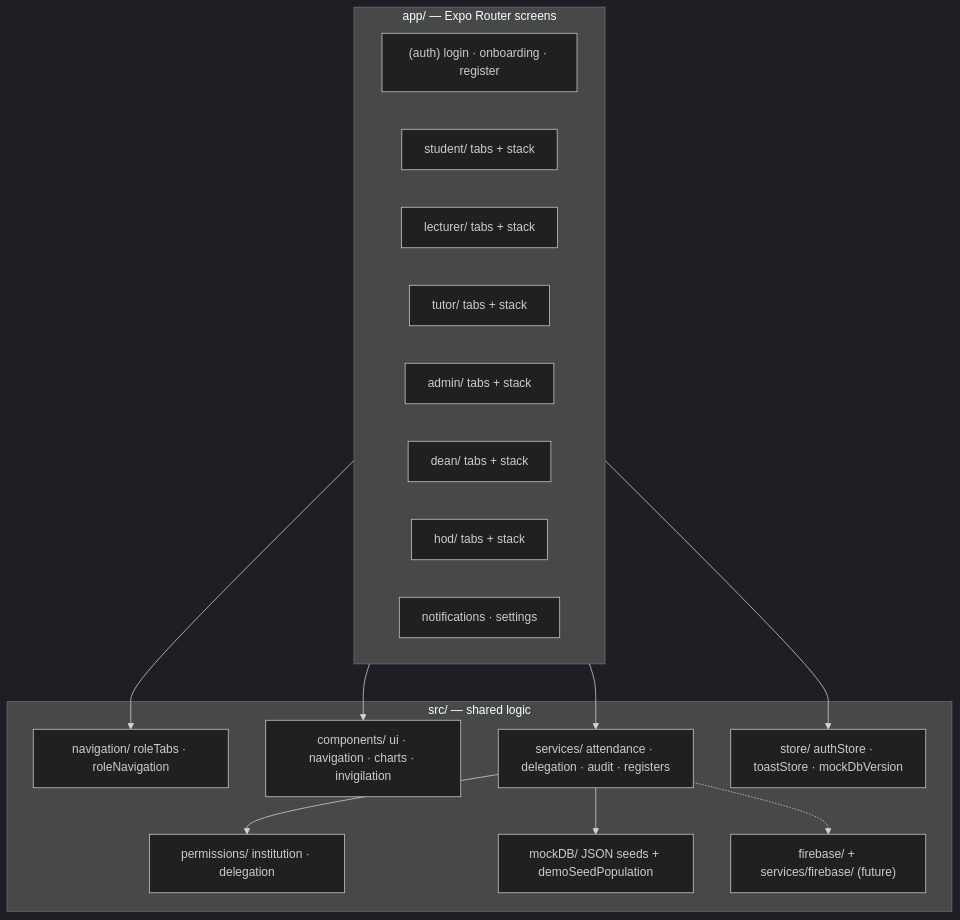
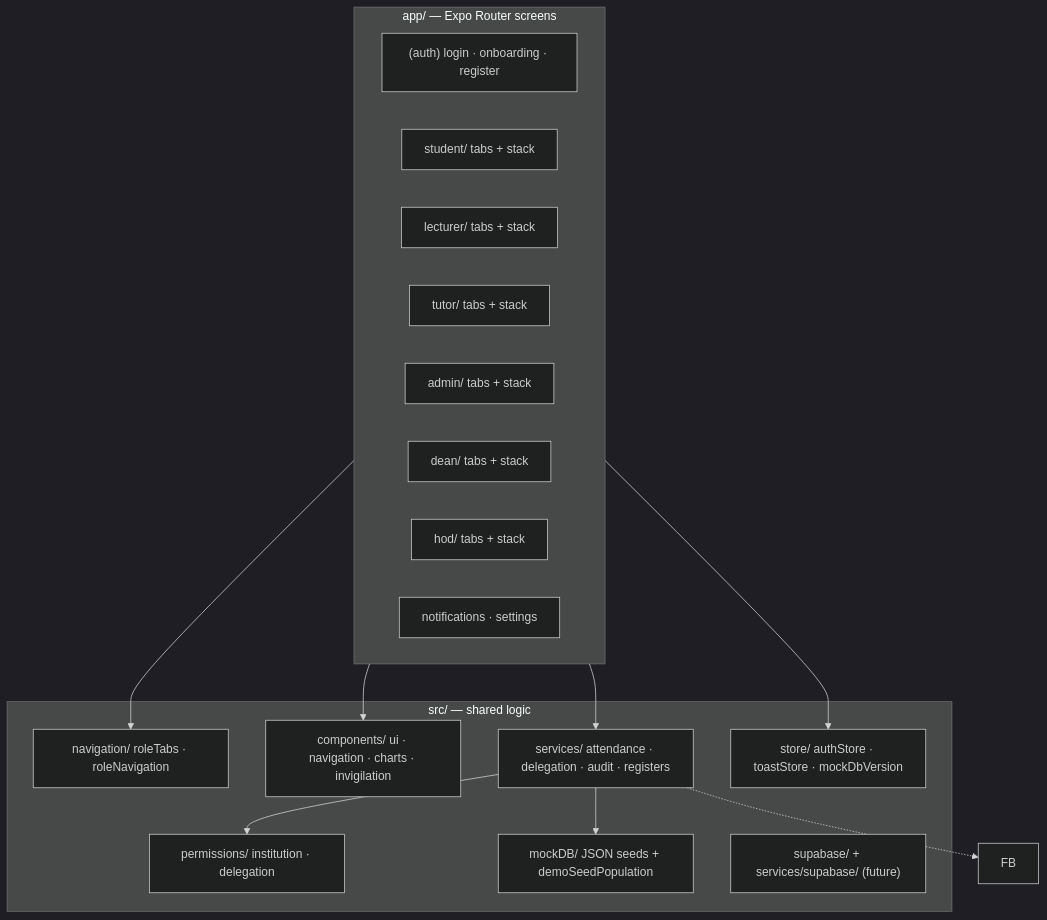
One commit to answer-mthombe/STARS_LITE changed the first of 18 diagrams in FLOW_AND_STRUCTURE.md. Above: the diagram before and after it, drawn with Mermaid (dark theme). The commit also changed other lines of this file and 62 other files, not shown here.

````diff
--- a/FLOW_AND_STRUCTURE.md
+++ b/FLOW_AND_STRUCTURE.md
@@ -9,31 +9,31 @@
 ```mermaid
 flowchart TB
   subgraph UI["app/ — Expo Router screens"]
     Auth["(auth) login · onboarding · register"]
     Student["student/ tabs + stack"]
     Lecturer["lecturer/ tabs + stack"]
     Tutor["tutor/ tabs + stack"]
     Admin["admin/ tabs + stack"]
     Dean["dean/ tabs + stack"]
     Hod["hod/ tabs + stack"]
     Shared["notifications · settings"]
   end
 
   subgraph Core["src/ — shared logic"]
     Nav["navigation/ roleTabs · roleNavigation"]
     Comp["components/ ui · navigation · charts · invigilation"]
     Svc["services/ attendance · delegation · audit · registers"]
     Store["store/ authStore · toastStore · mockDbVersion"]
     Perm["permissions/ institution · delegation"]
     Mock["mockDB/ JSON seeds + demoSeedPopulation"]
-    FB["firebase/ + services/firebase/ (future)"]
+    SB["supabase/ + services/supabase/ (future)"]
   end
 
   UI --> Store
   UI --> Svc
   UI --> Comp
   UI --> Nav
   Svc --> Mock
   Svc --> Perm
   Svc -.-> FB
 ```
````
